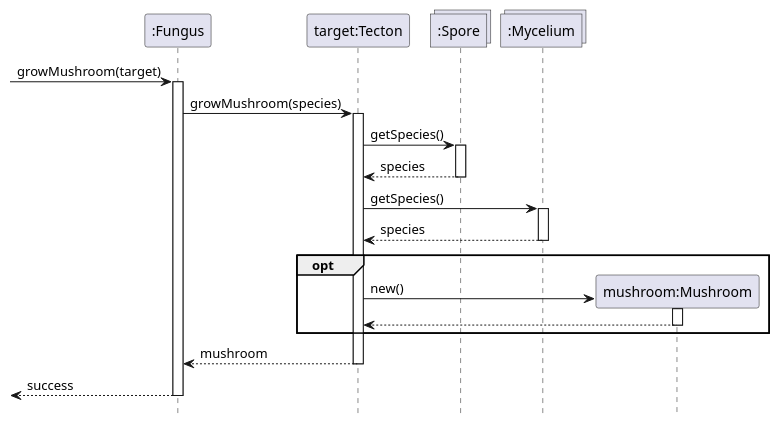
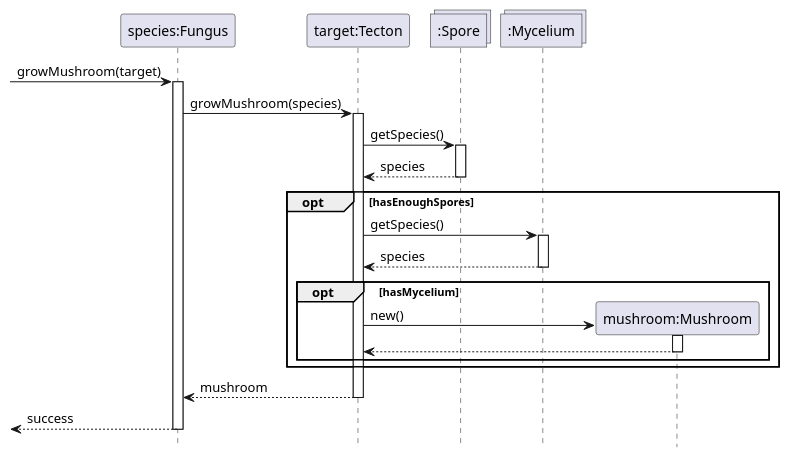
One commit to ZD4ve/projlab-error521 changed the diagram in Fungus/grow-mushroom.pu. Above: the diagram before and after it, drawn with PlantUML. The commit also changed 1 other file, not shown here.

```diff
--- a/Fungus/grow-mushroom.pu
+++ b/Fungus/grow-mushroom.pu
@@ -1,38 +1,36 @@
 @startuml Fungus/grow-mushroom
 hide footbox
 
-participant ":Fungus" as fungus
+participant "species:Fungus" as fungus
 participant "target:Tecton" as target
 collections ":Spore" as spore
 collections ":Mycelium" as mycelium
 participant "mushroom:Mushroom" as mushroom
 
 -> fungus : growMushroom(target)
 activate fungus
 
 fungus -> target: growMushroom(species)
 activate target
 
 target -> spore : getSpecies()
 activate spore
 return species
 
-target -> mycelium : getSpecies()
-activate mycelium
-return species
-
-opt 
-    create mushroom
-    target -> mushroom : new()
-    activate mushroom
-    return
+opt hasEnoughSpores
+    target -> mycelium : getSpecies()
+    activate mycelium
+    return species
+    opt hasMycelium
+        create mushroom
+        target -> mushroom : new()
+        activate mushroom
+        return
+    end
 end
 
-fungus <-- target: mushroom
-deactivate target
+return mushroom
 
-<-- fungus : success
-
-deactivate fungus
+return success
 
 @enduml
```
